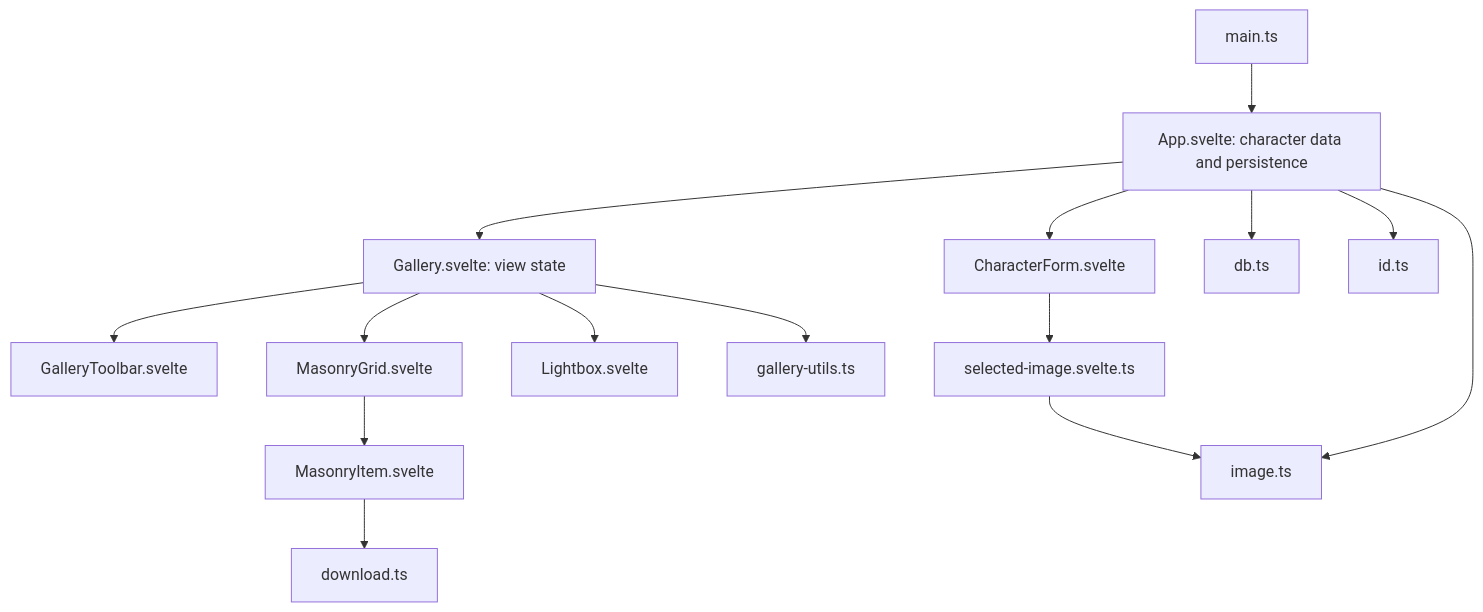
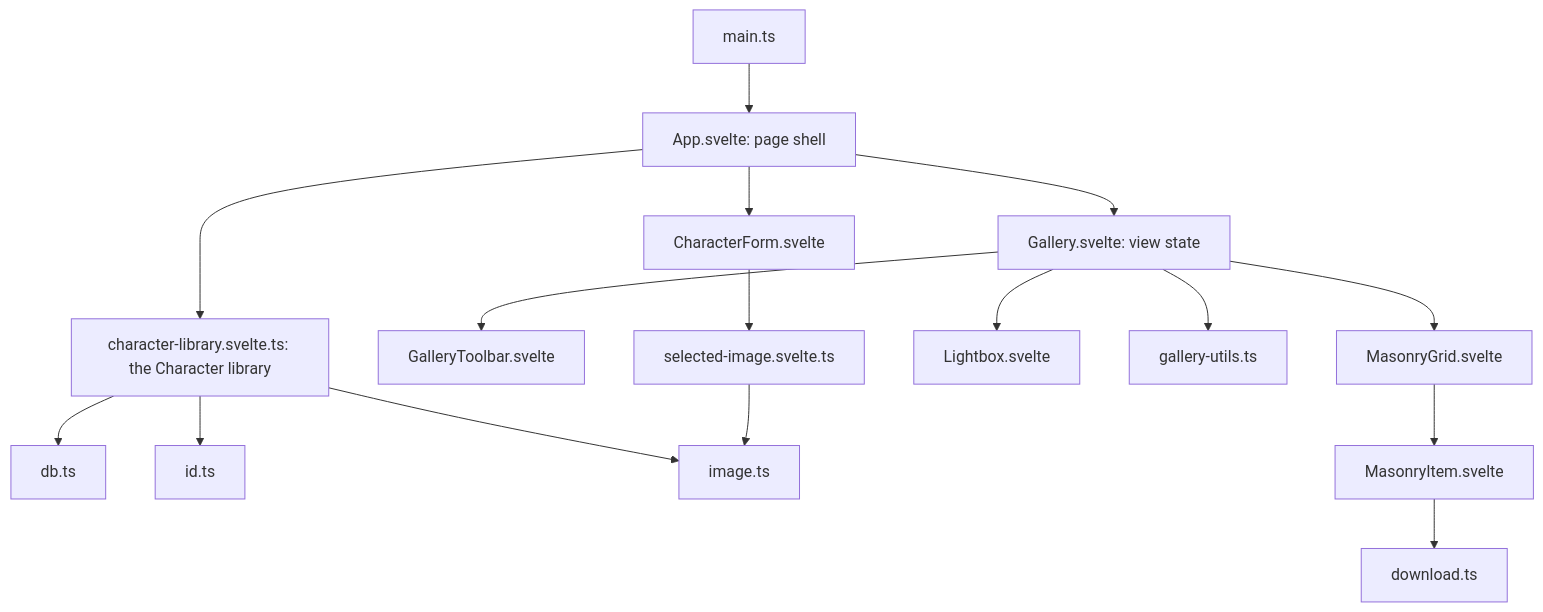
The diagram in docs/WIKI.md (SairaDev02/sillytavern-vault), drawn with Mermaid before and after one commit. The commit also changed other lines of this file and 11 other files, not shown here.

````diff
--- a/docs/WIKI.md
+++ b/docs/WIKI.md
@@ -52,17 +52,18 @@
 ```mermaid
 graph TD
   main["main.ts"] --> App
-  App["App.svelte: character data and persistence"] --> Gallery
+  App["App.svelte: page shell"] --> characterLibrary["character-library.svelte.ts: the Character library"]
+  App --> Gallery
   App --> CharacterForm["CharacterForm.svelte"]
-  App --> db["db.ts"]
-  App --> id["id.ts"]
-  App --> image["image.ts"]
+  characterLibrary --> db["db.ts"]
+  characterLibrary --> id["id.ts"]
+  characterLibrary --> image["image.ts"]
   Gallery["Gallery.svelte: view state"] --> GalleryToolbar["GalleryToolbar.svelte"]
   Gallery --> MasonryGrid["MasonryGrid.svelte"]
   Gallery --> Lightbox["Lightbox.svelte"]
   Gallery --> galleryUtils["gallery-utils.ts"]
   MasonryGrid --> MasonryItem["MasonryItem.svelte"]
   MasonryItem --> download["download.ts"]
   CharacterForm --> selectedImage["selected-image.svelte.ts"]
   selectedImage --> image
 ```
````
